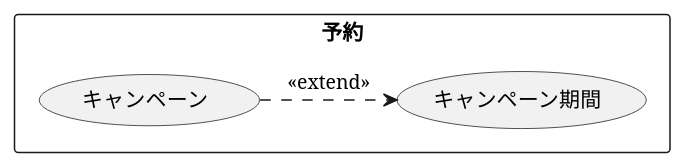
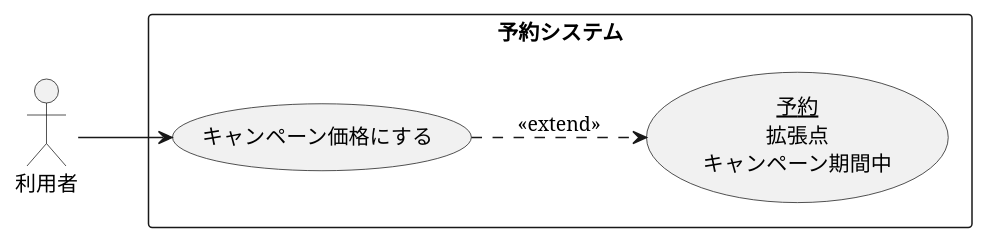
Before and after one commit to Nshikawakazuki/uml-intr: the diagram in 演習2-4_キャンペーン中のホテル宿泊予約.pu, drawn with PlantUML. The commit also changed 2 other files, not shown here.

```diff
--- a/演習2-4_キャンペーン中のホテル宿泊予約.pu
+++ b/演習2-4_キャンペーン中のホテル宿泊予約.pu
@@ -1,7 +1,10 @@
 @startuml キャンペーン
-rectangle 予約 {
-usecase キャンペーン期間
-usecase キャンペーン
+left to right direction
+actor 利用者
+rectangle 予約システム {
+    usecase キャンペーン価格にする
+    usecase (<u>予約</u>\n拡張点\nキャンペーン期間中) as input
 }
-キャンペーン .> キャンペーン期間 : << extend >>
+利用者 --> キャンペーン価格にする
+キャンペーン価格にする ..> input : <<extend>>
 @enduml
```
